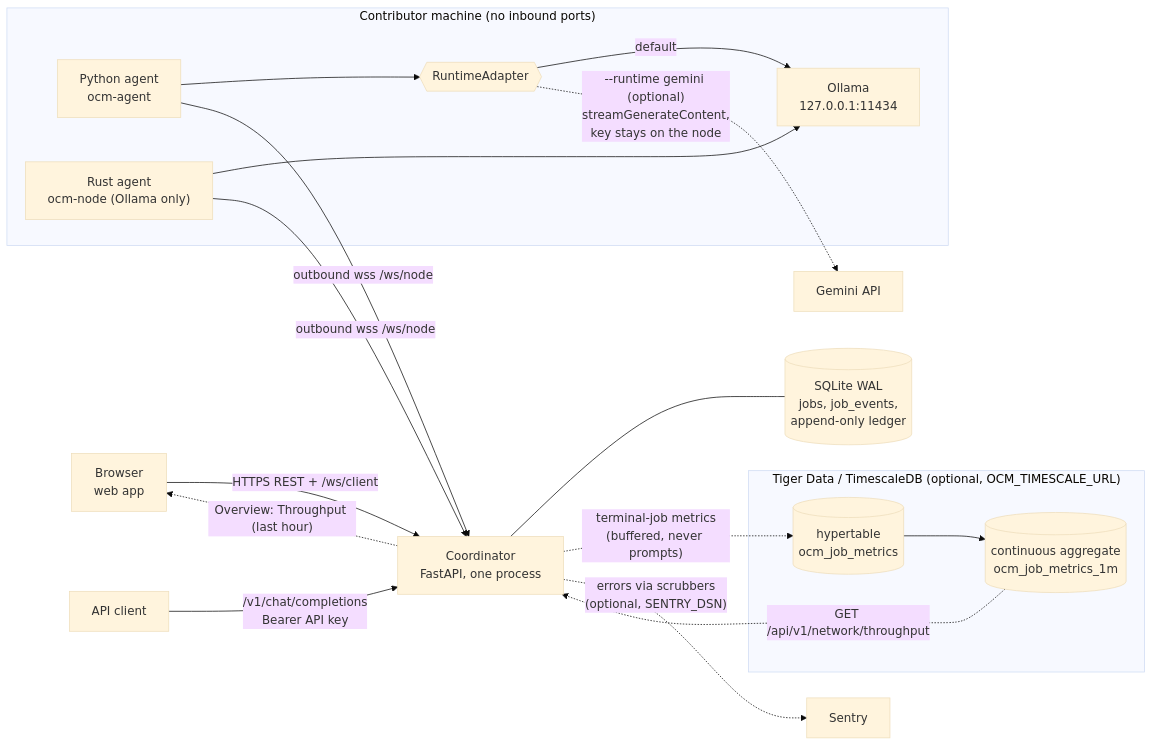
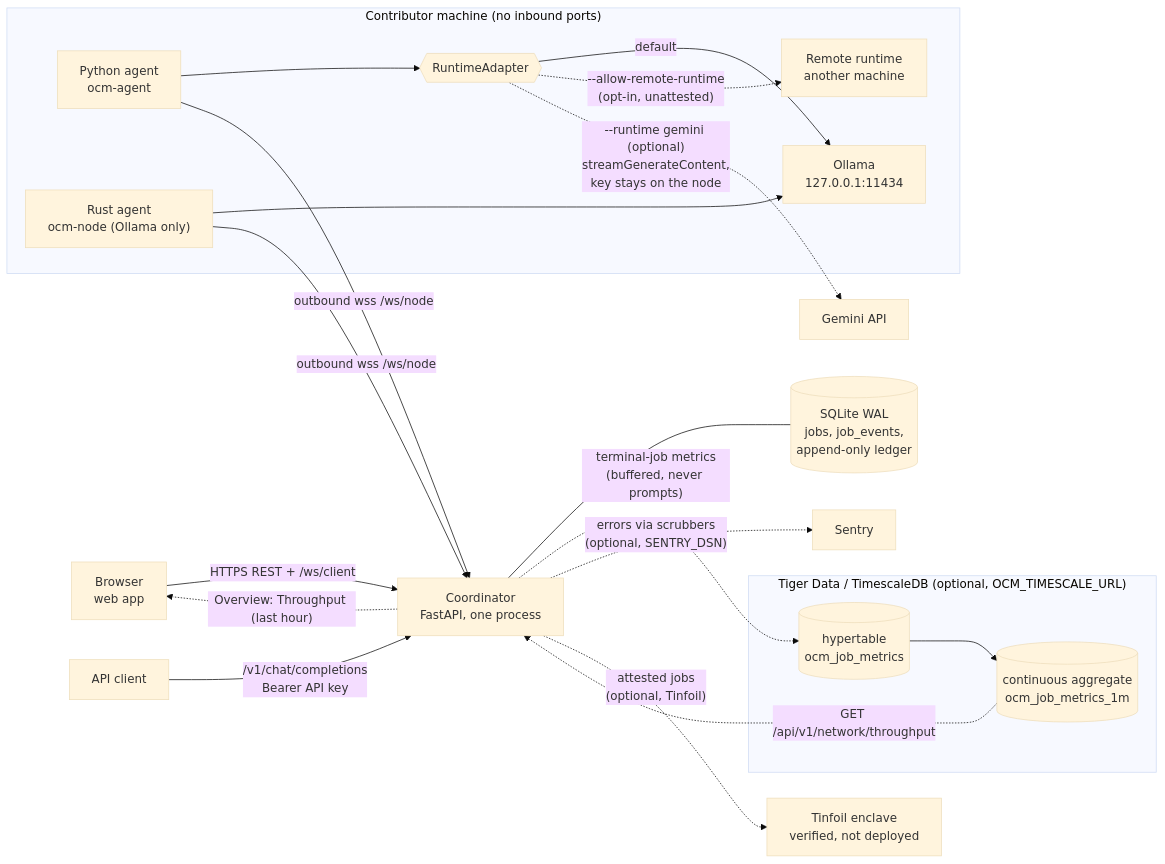
Before and after one commit to roshaninfordham/opencomputemesh: the diagram in README.md, drawn with Mermaid (base theme). The commit also changed other lines of this file and 2 other files, not shown here.

First line of the commit message:
docs: redraw the architecture and document install, sharing and capabilities

````diff
--- a/README.md
+++ b/README.md
@@ -166,24 +266,26 @@
 ```mermaid
 flowchart LR
   B["Browser<br/>web app"] -- "HTTPS REST + /ws/client" --> C["Coordinator<br/>FastAPI, one process"]
   K["API client"] -- "/v1/chat/completions<br/>Bearer API key" --> C
   C --- D[("SQLite WAL<br/>jobs, job_events,<br/>append-only ledger")]
 
   subgraph TIGER["Tiger Data / TimescaleDB (optional, OCM_TIMESCALE_URL)"]
     H[("hypertable<br/>ocm_job_metrics")] --> CA[("continuous aggregate<br/>ocm_job_metrics_1m")]
   end
   C -. "terminal-job metrics<br/>(buffered, never prompts)" .-> H
   CA -. "GET /api/v1/network/throughput" .-> C
   C -. "Overview: Throughput (last hour)" .-> B
 
   C -. "errors via scrubbers<br/>(optional, SENTRY_DSN)" .-> S["Sentry"]
+  C -. "attested jobs<br/>(optional, Tinfoil)" .-> TF["Tinfoil enclave<br/>verified, not deployed"]
 
   subgraph NODE["Contributor machine (no inbound ports)"]
     A1["Python agent<br/>ocm-agent"] --> RA{{"RuntimeAdapter"}}
     A2["Rust agent<br/>ocm-node (Ollama only)"] --> O
     RA -- "default" --> O["Ollama<br/>127.0.0.1:11434"]
+    RA -. "--allow-remote-runtime<br/>(opt-in, unattested)" .-> RR["Remote runtime<br/>another machine"]
   end
   A1 -- "outbound wss /ws/node" --> C
   A2 -- "outbound wss /ws/node" --> C
   RA -. "--runtime gemini (optional)<br/>streamGenerateContent,<br/>key stays on the node" .-> G["Gemini API"]
 ```
````
